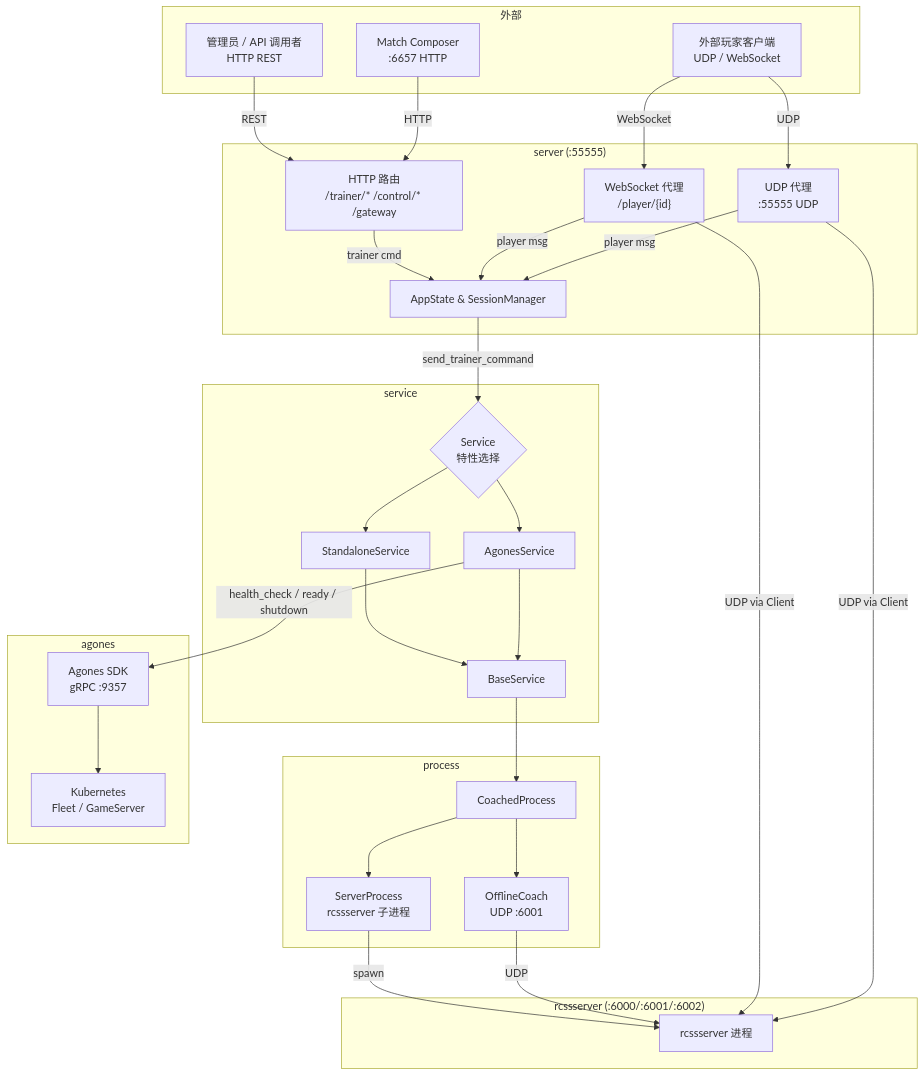
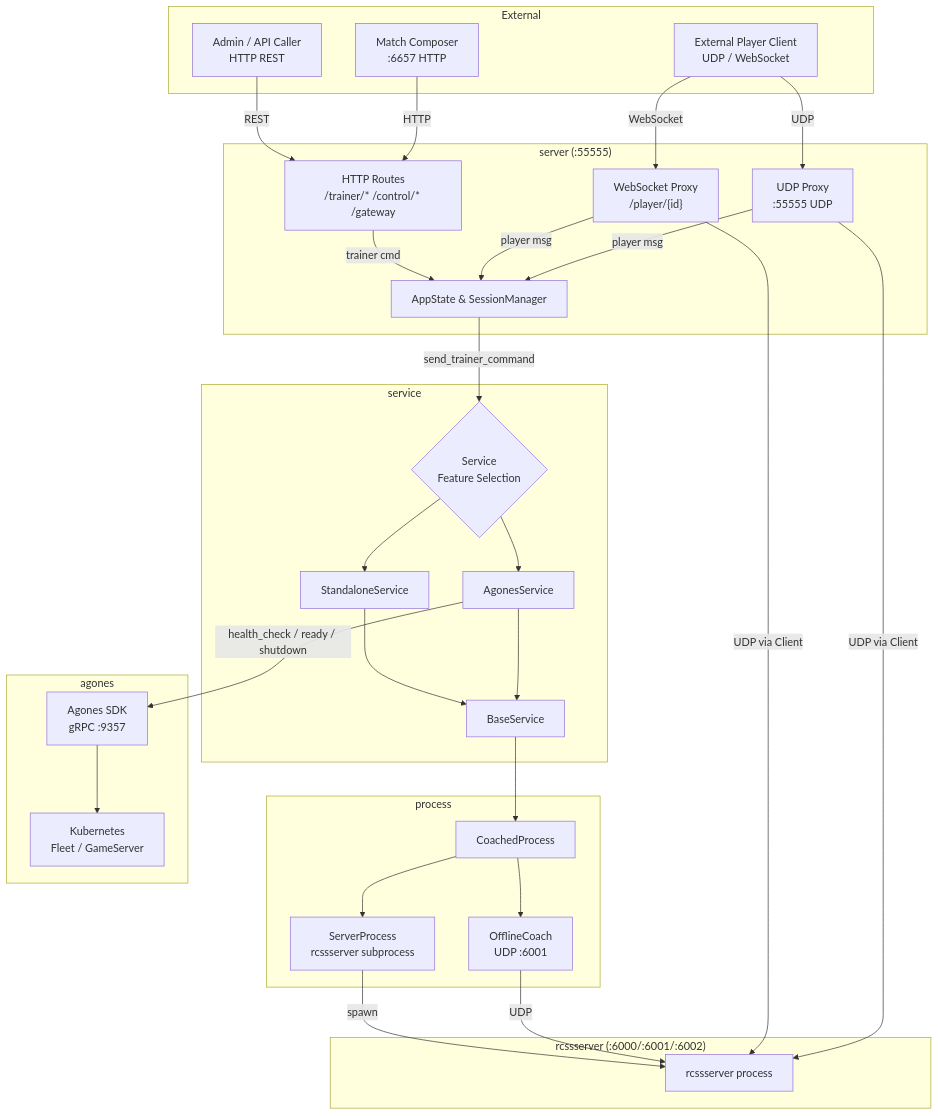
One commit to NN-4H0U/cluster changed the second of 20 diagrams in docs/REPORT.md. Above: the diagram before and after it, drawn with Mermaid. The commit also changed other lines of this file, not shown here.

Commit message:
docs: fix 3.3 stateDiagram parse error and translate all diagram Chinese to English

````diff
--- a/docs/REPORT.md
+++ b/docs/REPORT.md
@@ -59,63 +59,63 @@
 ```mermaid
 graph TB
-    subgraph ext["外部"]
-        PC["外部玩家客户端\nUDP / WebSocket"]
-        AC["管理员 / API 调用者\nHTTP REST"]
+    subgraph ext["External"]
+        PC["External Player Client\nUDP / WebSocket"]
+        AC["Admin / API Caller\nHTTP REST"]
         MC["Match Composer\n:6657 HTTP"]
     end
 
     subgraph srv["server (:55555)"]
-        HTTP["HTTP 路由\n/trainer/* /control/* /gateway"]
-        WSP["WebSocket 代理\n/player/{id}"]
-        UDPP["UDP 代理\n:55555 UDP"]
+        HTTP["HTTP Routes\n/trainer/* /control/* /gateway"]
+        WSP["WebSocket Proxy\n/player/{id}"]
+        UDPP["UDP Proxy\n:55555 UDP"]
         SS["AppState & SessionManager"]
     end
 
     subgraph svc["service"]
-        SVC{"Service\n特性选择"}
+        SVC{"Service\nFeature Selection"}
         SA["StandaloneService"]
         AOS["AgonesService"]
         BS["BaseService"]
     end
 
     subgraph proc["process"]
         CP["CoachedProcess"]
-        SP["ServerProcess\nrcssserver 子进程"]
+        SP["ServerProcess\nrcssserver subprocess"]
         OC["OfflineCoach\nUDP :6001"]
     end
 
     subgraph rcss_grp["rcssserver (:6000/:6001/:6002)"]
-        RCSS["rcssserver 进程"]
+        RCSS["rcssserver process"]
     end
 
     subgraph agones_grp["agones"]
         SDK["Agones SDK\ngRPC :9357"]
         K8S["Kubernetes\nFleet / GameServer"]
     end
 
     AC -->|REST| HTTP
     PC -->|WebSocket| WSP
     PC -->|UDP| UDPP
     MC -->|HTTP| HTTP
 
     HTTP -->|trainer cmd| SS
     WSP -->|player msg| SS
     UDPP -->|player msg| SS
     SS -->|send_trainer_command| SVC
 
     SVC --> SA
     SVC --> AOS
     SA --> BS
     AOS --> BS
     BS --> CP
     CP --> SP
     CP --> OC
 
     SP -->|spawn| RCSS
     OC -->|UDP| RCSS
     WSP -->|UDP via Client| RCSS
     UDPP -->|UDP via Client| RCSS
 
     AOS -->|health_check / ready / shutdown| SDK
     SDK --> K8S
 ```
````
